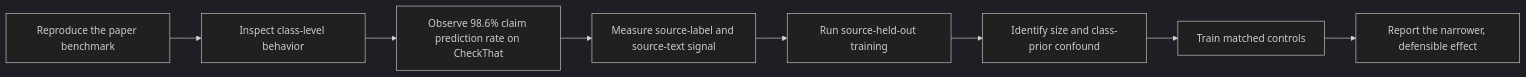
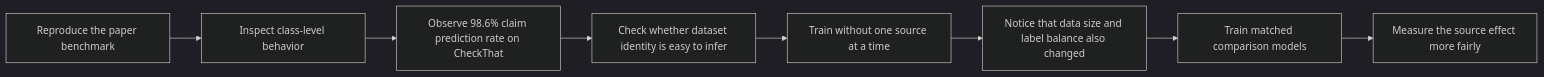
The first of 2 diagrams in README.md (newrohansinha/claim-detector), drawn with Mermaid (dark theme) before and after one commit. The commit also changed other lines of this file, not shown here.

````diff
--- a/README.md
+++ b/README.md
@@ -90,10 +94,10 @@
 ```mermaid
 flowchart LR
   A[Reproduce the paper benchmark] --> B[Inspect class-level behavior]
   B --> C[Observe 98.6% claim prediction rate on CheckThat]
-  C --> D[Measure source-label and source-text signal]
-  D --> E[Run source-held-out training]
-  E --> F[Identify size and class-prior confound]
-  F --> G[Train matched controls]
-  G --> H[Report the narrower, defensible effect]
+  C --> D[Check whether dataset identity is easy to infer]
+  D --> E[Train without one source at a time]
+  E --> F[Notice that data size and label balance also changed]
+  F --> G[Train matched comparison models]
+  G --> H[Measure the source effect more fairly]
 ```
````
